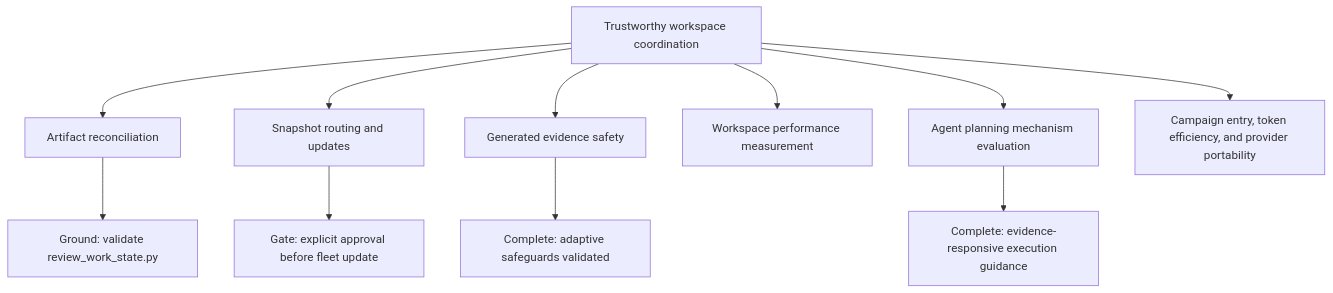
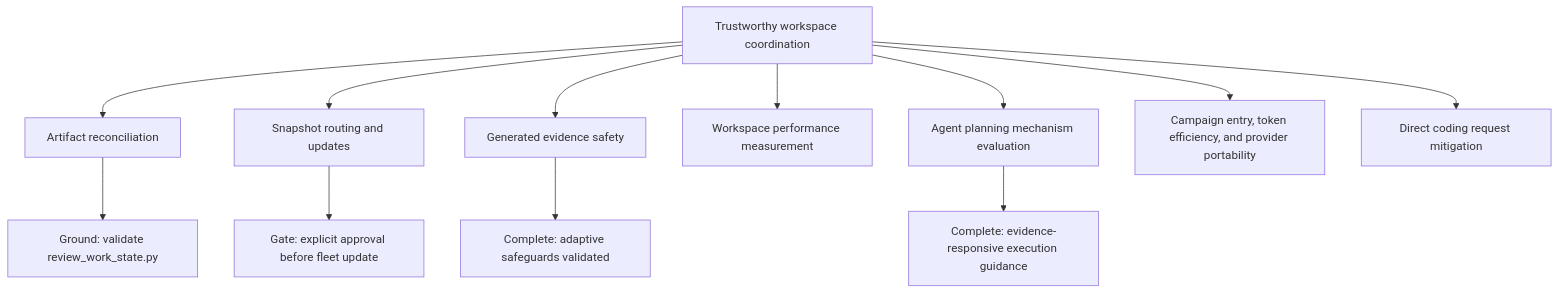
Before and after one commit to PC-Redemption/tool_shed: the diagram in work/maps/map-tool-shed-evolution.md, drawn with Mermaid. The commit also changed other lines of this file and 13 other files, not shown here.

Commit message:
Keep bounded coding work on the Direct route

````diff
--- a/work/maps/map-tool-shed-evolution.md
+++ b/work/maps/map-tool-shed-evolution.md
@@ -15,13 +15,14 @@
 ```mermaid
 flowchart TD
   A[Trustworthy workspace coordination] --> B[Artifact reconciliation]
   A --> C[Snapshot routing and updates]
   A --> F[Generated evidence safety]
   A --> H[Workspace performance measurement]
   A --> I[Agent planning mechanism evaluation]
   A --> K[Campaign entry, token efficiency, and provider portability]
+  A --> L[Direct coding request mitigation]
   I --> J[Complete: evidence-responsive execution guidance]
   B --> D[Ground: validate review_work_state.py]
   C --> E[Gate: explicit approval before fleet update]
   F --> G[Complete: adaptive safeguards validated]
 ```
````
